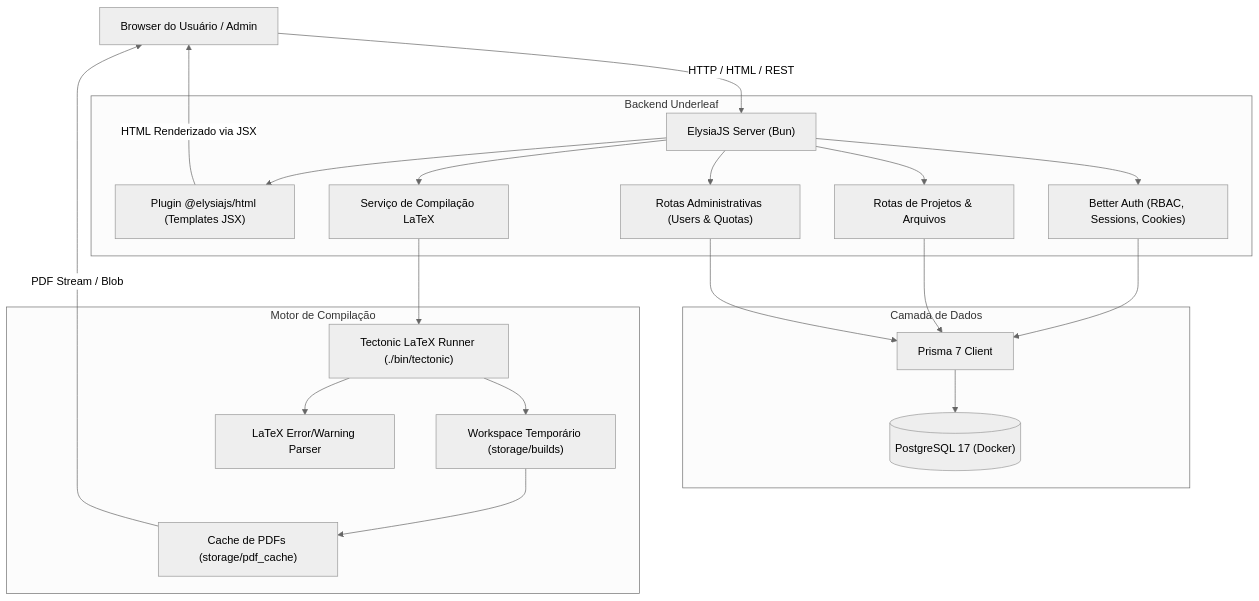
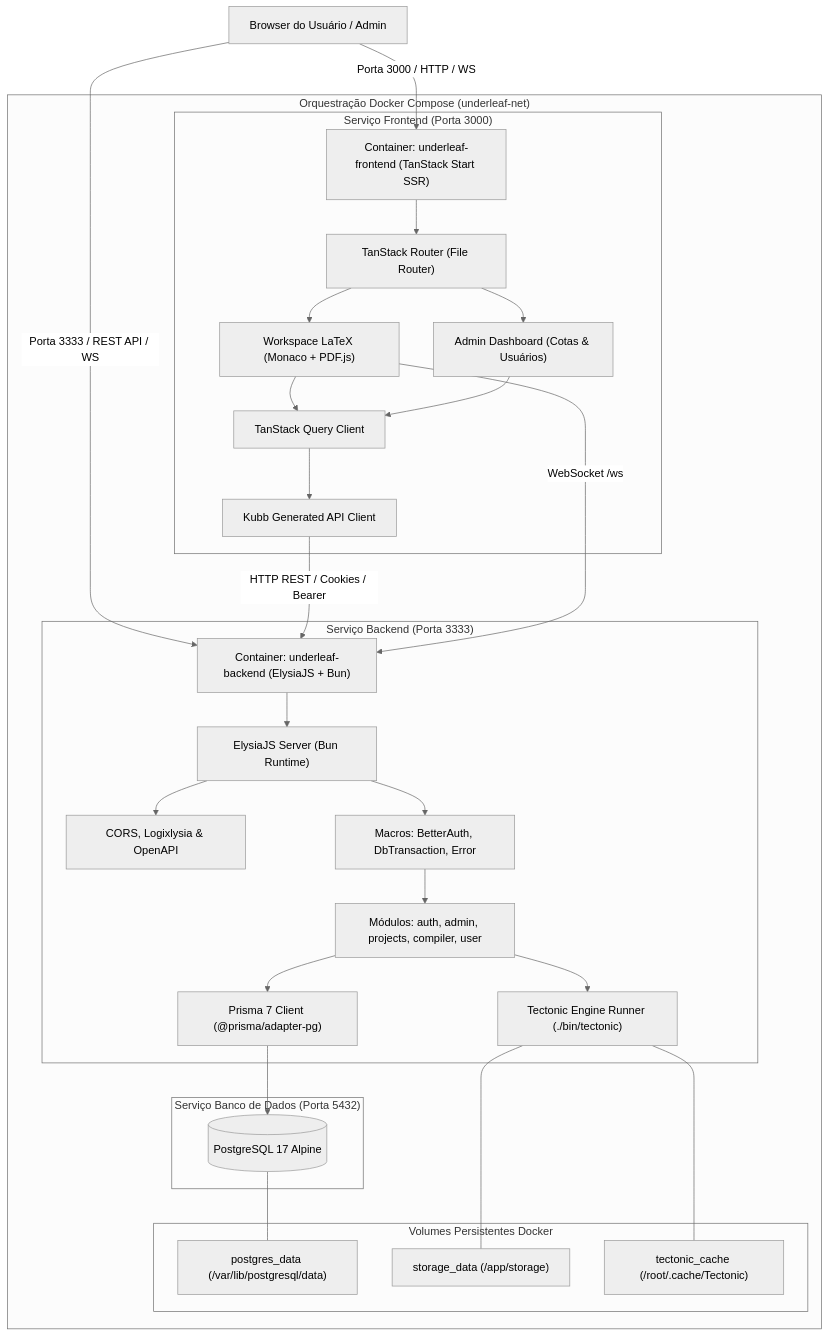
Before and after one commit to devbaraus/underleaf: the first of 2 diagrams in plan.md, drawn with Mermaid (neutral theme). The commit also changed other lines of this file, not shown here.

````diff
--- a/plan.md
+++ b/plan.md
@@ -38,29 +74,38 @@
 ```mermaid
 flowchart TD
-    Client["Browser do Usuário / Admin"] -->|HTTP / HTML / REST| Elysia["ElysiaJS Server (Bun)"]
-    
-    subgraph CoreBackend["Backend Underleaf"]
-        Elysia --> HTMLPlugin["Plugin @elysiajs/html (Templates JSX)"]
-        Elysia --> AuthLayer["Better Auth (RBAC, Sessions, Cookies)"]
-        Elysia --> ProjectRouter["Rotas de Projetos & Arquivos"]
-        Elysia --> AdminRouter["Rotas Administrativas (Users & Quotas)"]
-        Elysia --> CompilerRouter["Serviço de Compilação LaTeX"]
+    Client["Browser do Usuário / Admin"] -->|Porta 3000 / HTTP / WS| DockerFrontend["Container: underleaf-frontend (TanStack Start SSR)"]
+    Client -->|Porta 3333 / REST API / WS| DockerBackend["Container: underleaf-backend (ElysiaJS + Bun)"]
+
+    subgraph DockerCompose["Orquestração Docker Compose (underleaf-net)"]
+        subgraph FrontendService["Serviço Frontend (Porta 3000)"]
+            DockerFrontend --> TSRouter["TanStack Router (File Router)"]
+            TSRouter --> WorkspaceView["Workspace LaTeX (Monaco + PDF.js)"]
+            TSRouter --> AdminView["Admin Dashboard (Cotas & Usuários)"]
+            WorkspaceView --> TanStackQuery["TanStack Query Client"]
+            AdminView --> TanStackQuery
+            TanStackQuery --> KubbClient["Kubb Generated API Client"]
+        end
+
+        subgraph BackendService["Serviço Backend (Porta 3333)"]
+            DockerBackend --> Elysia["ElysiaJS Server (Bun Runtime)"]
+            Elysia --> CORSLog["CORS, Logixlysia & OpenAPI"]
+            Elysia --> Macros["Macros: BetterAuth, DbTransaction, Error"]
+            Macros --> Modules["Módulos: auth, admin, projects, compiler, user"]
+            Modules --> Tectonic["Tectonic Engine Runner (./bin/tectonic)"]
+            Modules --> PrismaClient["Prisma 7 Client (@prisma/adapter-pg)"]
+        end
+
+        subgraph DatabaseService["Serviço Banco de Dados (Porta 5432)"]
+            PrismaClient --> Postgres[("PostgreSQL 17 Alpine")]
+        end
+
+        subgraph PersistentVolumes["Volumes Persistentes Docker"]
+            Postgres --- VolPG["postgres_data (/var/lib/postgresql/data)"]
+            Tectonic --- VolStorage["storage_data (/app/storage)"]
+            Tectonic --- VolTectonicCache["tectonic_cache (/root/.cache/Tectonic)"]
+        end
     end
 
-    subgraph DataLayer["Camada de Dados"]
-        AuthLayer --> Prisma7["Prisma 7 Client"]
-        ProjectRouter --> Prisma7
-        AdminRouter --> Prisma7
-        Prisma7 --> Postgres[("PostgreSQL 17 (Docker)")]
-    end
-
-    subgraph LatexEngine["Motor de Compilação"]
-        CompilerRouter --> TectonicRunner["Tectonic LaTeX Runner (./bin/tectonic)"]
-        TectonicRunner --> TempWorkspace["Workspace Temporário (storage/builds)"]
-        TectonicRunner --> ErrorParser["LaTeX Error/Warning Parser"]
-        TempWorkspace --> PDFCache["Cache de PDFs (storage/pdf_cache)"]
-    end
-
-    PDFCache -->|PDF Stream / Blob| Client
-    HTMLPlugin -->|HTML Renderizado via JSX| Client
+    KubbClient -->|HTTP REST / Cookies / Bearer| DockerBackend
+    WorkspaceView -->|WebSocket /ws| DockerBackend
 ```
````
